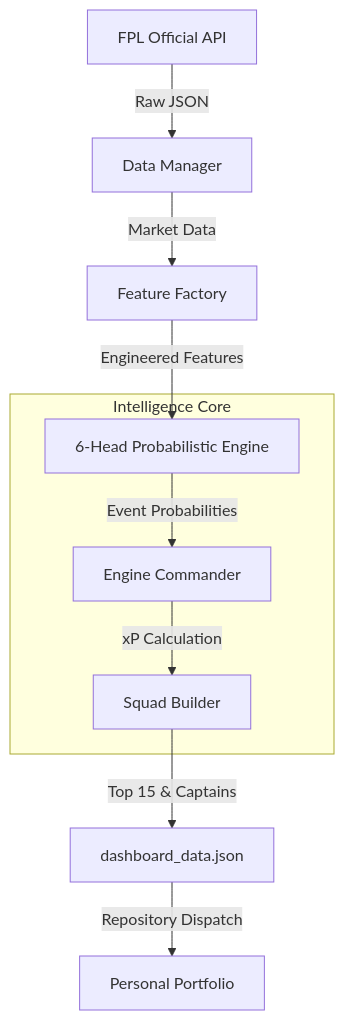
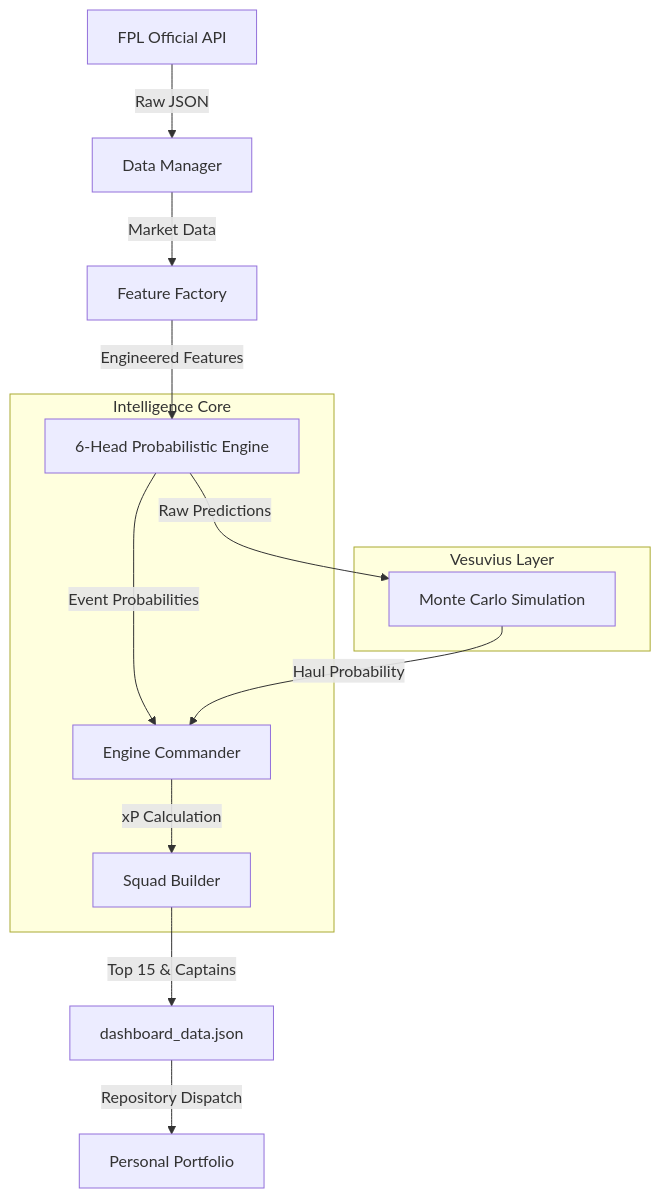
Before and after one commit to chriseyebagha/fantasy-premier-league: the diagram in SYSTEM_SPEC.md, drawn with Mermaid. The commit also changed other lines of this file and 11 other files, not shown here.

Commit message:
docs: integrate Vesuvius Haul Alert logic into system documentation and guides

````diff
--- a/SYSTEM_SPEC.md
+++ b/SYSTEM_SPEC.md
@@ -14,14 +14,19 @@
 ```mermaid
 graph TD
     API[FPL Official API] -->|Raw JSON| DM[Data Manager]
     DM -->|Market Data| FF[Feature Factory]
     FF -->|Engineered Features| XGB[6-Head Probabilistic Engine]
     
     subgraph "Intelligence Core"
     XGB -->|Event Probabilities| CMD[Engine Commander]
     CMD -->|xP Calculation| SB[Squad Builder]
     end
     
     SB -->|Top 15 & Captains| JSON[dashboard_data.json]
     JSON -->|Repository Dispatch| Portfolio[Personal Portfolio]
+    
+    subgraph "Vesuvius Layer"
+    XGB -->|Raw Predictions| MC[Monte Carlo Simulation]
+    MC -->|Haul Probability| CMD
+    end
 ```
````
